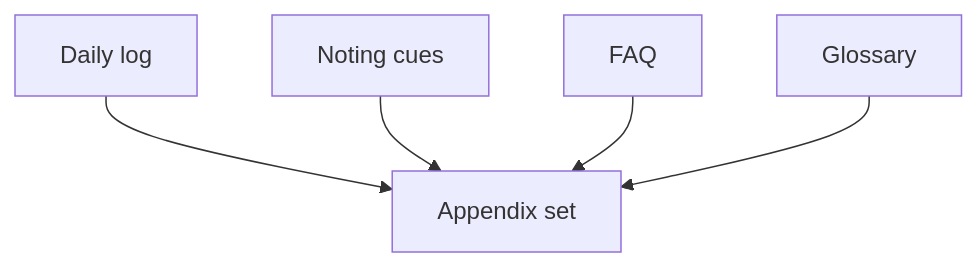
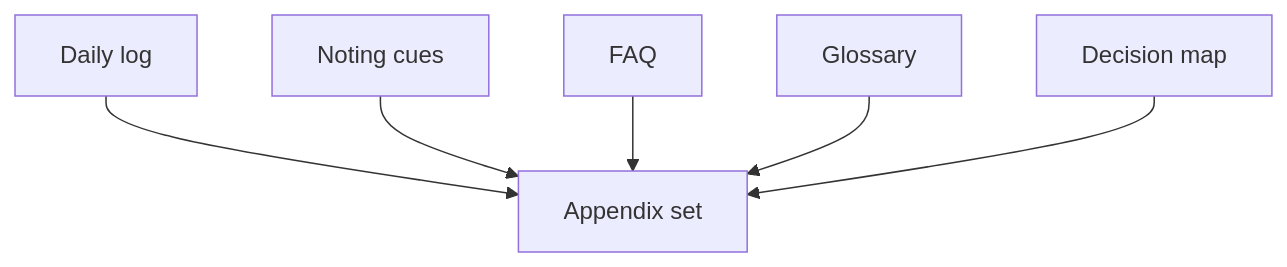
The second of 3 diagrams in book/appendices/AGENTS.md (streamentry/streamentry), drawn with Mermaid before and after one commit. The commit also changed other lines of this file and 21 other files, not shown here.

Commit message:
Add a one-page practice decision map

````diff
--- a/book/appendices/AGENTS.md
+++ b/book/appendices/AGENTS.md
@@ -36,7 +37,8 @@
 ```mermaid
 flowchart TB
   D["Daily log"] --> A["Appendix set"]
   N["Noting cues"] --> A
   F["FAQ"] --> A
   G["Glossary"] --> A
+  M["Decision map"] --> A
 ```
````
